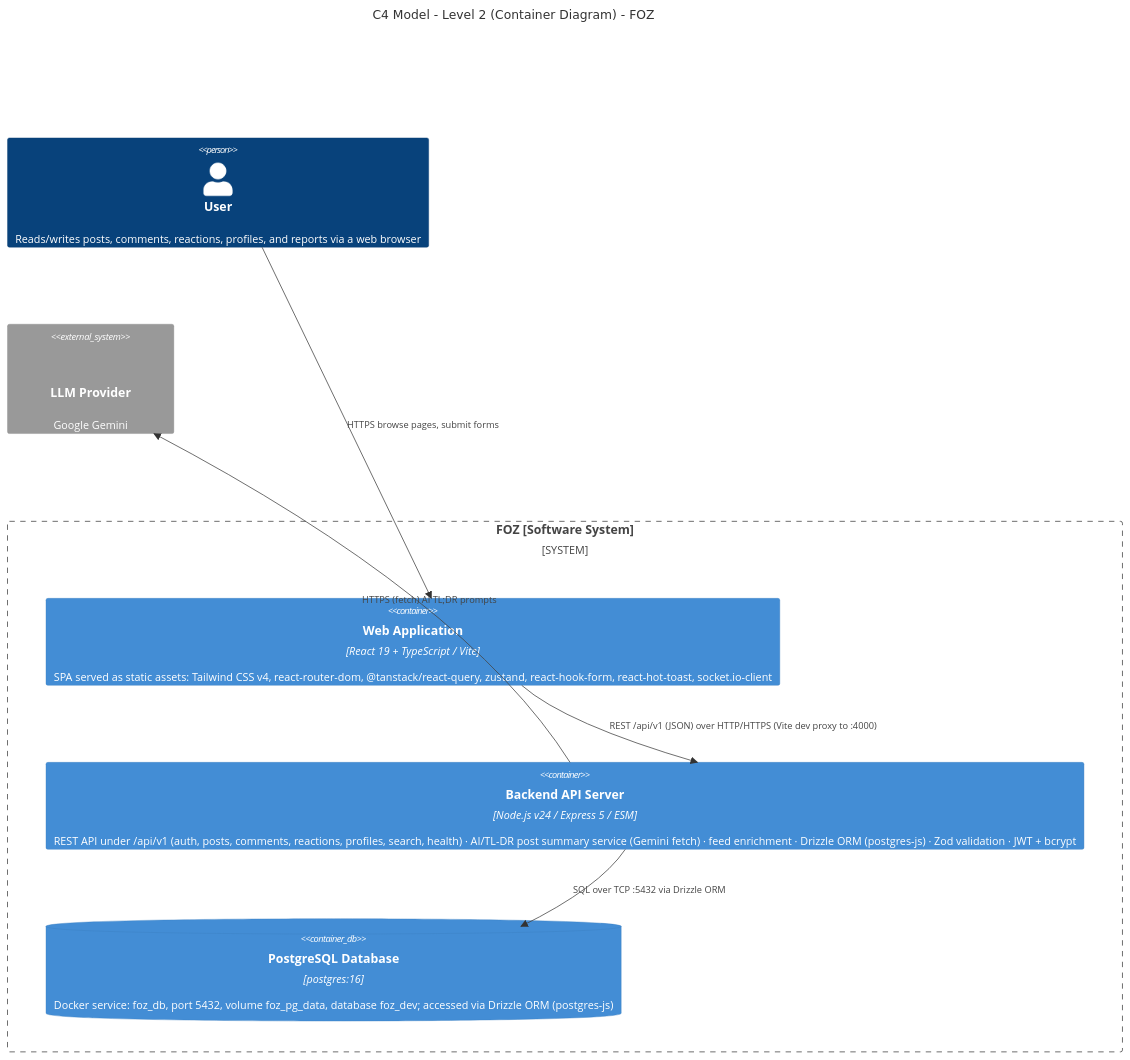
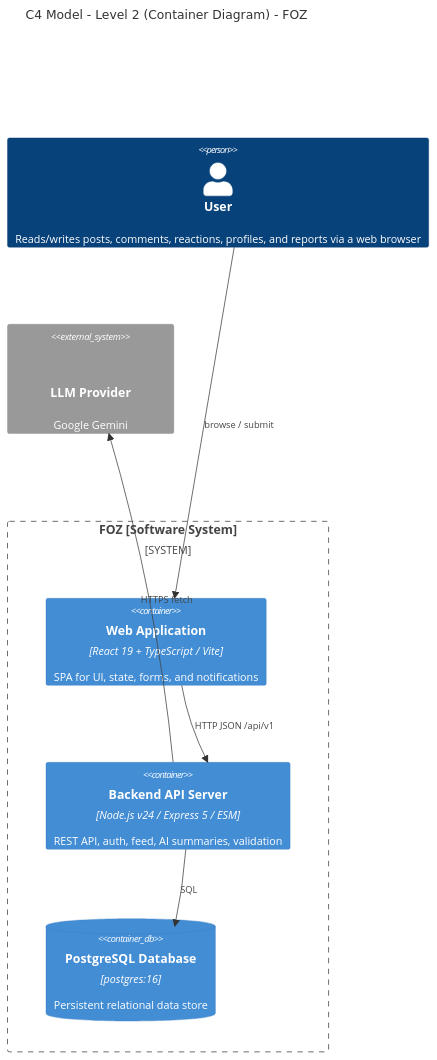
Before and after one commit to anvn12/FOZ: the first of 3 diagrams in docs/01 - PA/PA4-Group06/4C. Software Architecture.md, drawn with Mermaid. The commit also changed other lines of this file, not shown here.

````diff
--- a/docs/01 - PA/PA4-Group06/4C. Software Architecture.md
+++ b/docs/01 - PA/PA4-Group06/4C. Software Architecture.md
@@ -7,21 +7,21 @@
 ```mermaid
 C4Container
     title C4 Model - Level 2 (Container Diagram) - FOZ
 
     Person(User, "User", "Reads/writes posts, comments, reactions, profiles, and reports via a web browser")
 
     System_Boundary(FOZ_Boundary, "FOZ [Software System]", "Threads-style community forum") {
-        Container(WebApp, "Web Application", "React 19 + TypeScript / Vite", "SPA served as static assets: Tailwind CSS v4, react-router-dom, @tanstack/react-query, zustand, react-hook-form, react-hot-toast, socket.io-client")
+      Container(WebApp, "Web Application", "React 19 + TypeScript / Vite", "SPA for UI, state, forms, and notifications")
         
-        Container(Backend, "Backend API Server", "Node.js v24 / Express 5 / ESM", "REST API under /api/v1 (auth, posts, comments, reactions, profiles, search, health) · AI/TL-DR post summary service (Gemini fetch) · feed enrichment · Drizzle ORM (postgres-js) · Zod validation · JWT + bcrypt")
+      Container(Backend, "Backend API Server", "Node.js v24 / Express 5 / ESM", "REST API, auth, feed, AI summaries, validation")
         
-        ContainerDb(Database, "PostgreSQL Database", "postgres:16", "Docker service: foz_db, port 5432, volume foz_pg_data, database foz_dev; accessed via Drizzle ORM (postgres-js)")
+      ContainerDb(Database, "PostgreSQL Database", "postgres:16", "Persistent relational data store")
     }
 
-    System_Ext(LLMProvider, "LLM Provider", "Google Gemini", "Generates AI TL;DR summaries and key comment highlights via HTTPS REST API")
+    System_Ext(LLMProvider, "LLM Provider", "Google Gemini", "AI TL;DR summary generation")
 
-    Rel(User, WebApp, "HTTPS browse pages, submit forms")
-    Rel(WebApp, Backend, "REST /api/v1 (JSON) over HTTP/HTTPS (Vite dev proxy to :4000)")
-    Rel(Backend, Database, "SQL over TCP :5432 via Drizzle ORM")
-    Rel(Backend, LLMProvider, "HTTPS (fetch) AI TL;DR prompts")
+    Rel_R(User, WebApp, "browse / submit")
+    Rel_R(WebApp, Backend, "HTTP JSON /api/v1")
+    Rel_D(Backend, Database, "SQL")
+    Rel_R(Backend, LLMProvider, "HTTPS fetch")
 ```
````
